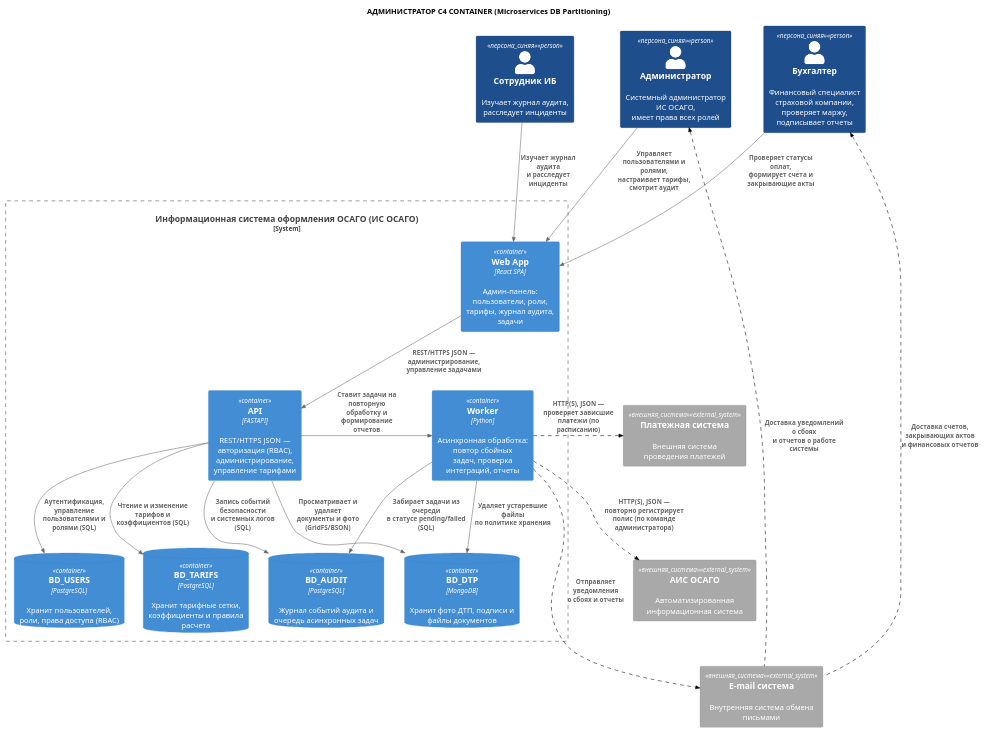
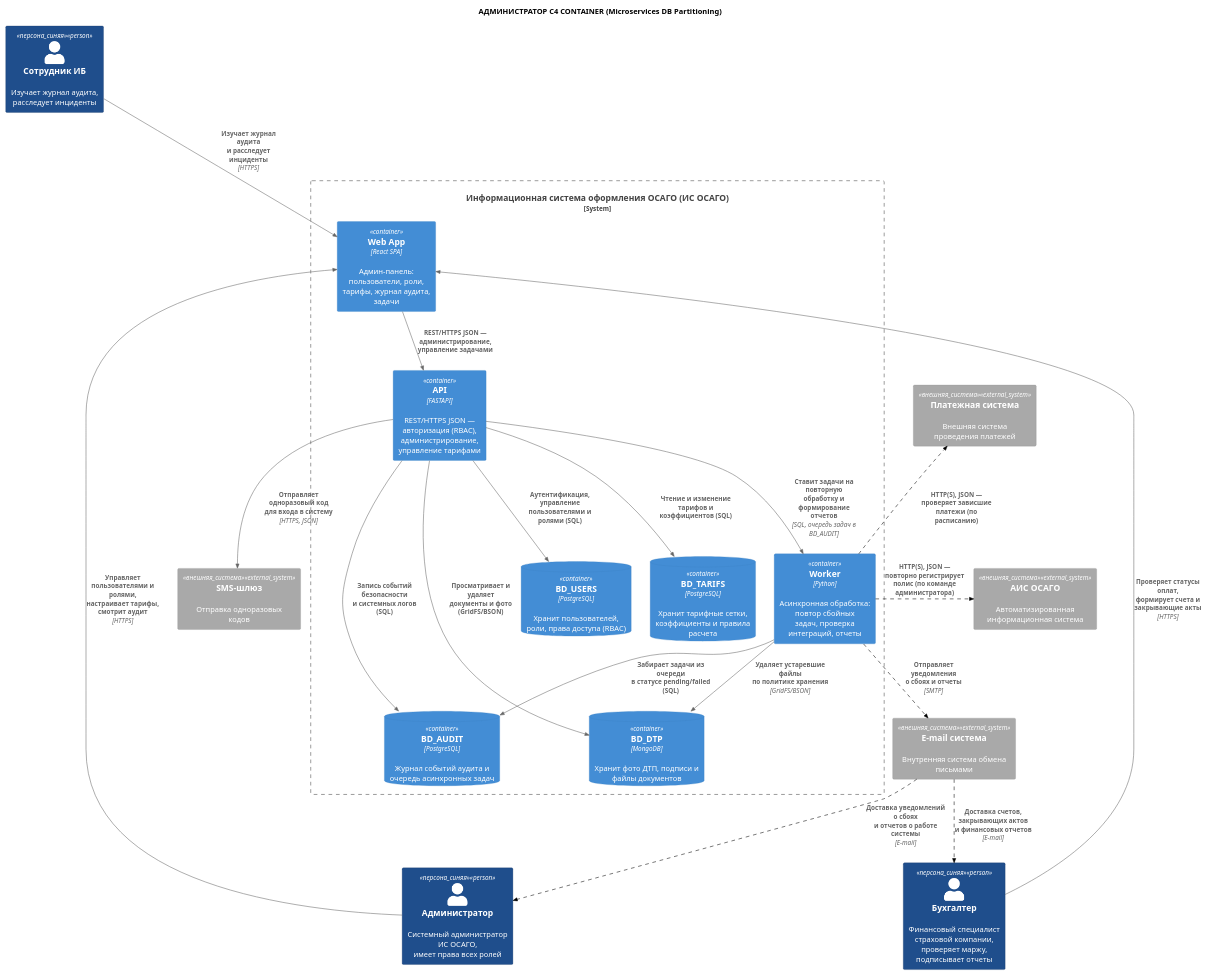
One commit to ElectricLight-ELO/Insurance-system changed the diagram in docs_and_diagrams/Amelia/container.puml. Above: the diagram before and after it, drawn with PlantUML. The commit also changed 2 other files, not shown here.

```diff
--- a/docs_and_diagrams/Amelia/container.puml
+++ b/docs_and_diagrams/Amelia/container.puml
@@ -1,64 +1,67 @@
 @startuml
 !include https://raw.githubusercontent.com/plantuml-stdlib/C4-PlantUML/master/C4_Container.puml
 
 title АДМИНИСТРАТОР C4 CONTAINER (Microservices DB Partitioning)
 
 AddSystemTag("внешняя_система", $bgColor="#A9A9A9", $borderColor="#8A8A8A", $fontColor="#FFFFFF")
 AddPersonTag("сотрудник", $bgColor="#438DD5", $borderColor="#316CA5", $fontColor="#FFFFFF")
 AddRelTag("пунктир", $lineStyle = DashedLine(), $lineColor = "#000000")
 AddPersonTag("персона_синяя", $bgColor="#1F4E8C", $borderColor="#143560", $fontColor="#FFFFFF")
 
 Person(admin, "Администратор", "Системный администратор ИС ОСАГО,\nимеет права всех ролей", $tags="персона_синяя")
 Person(accountant, "Бухгалтер", "Финансовый специалист страховой компании,\nпроверяет маржу, подписывает отчеты", $tags="персона_синяя")
 Person(auditor, "Сотрудник ИБ", "Изучает журнал аудита,\nрасследует инциденты", $tags="персона_синяя")
 
 System_Boundary(osago_service, "Информационная система оформления ОСАГО (ИС ОСАГО)") {
 
     Container(web_app, "Web App", "React SPA", "Админ-панель: пользователи, роли,\nтарифы, журнал аудита, задачи")
 
     Container(api, "API", "FASTAPI", "REST/HTTPS JSON — авторизация (RBAC),\nадминистрирование, управление тарифами")
 
     ContainerDb(db_users, "BD_USERS", "PostgreSQL", "Хранит пользователей, роли, права доступа (RBAC)")
     ContainerDb(db_tarifs, "BD_TARIFS", "PostgreSQL", "Хранит тарифные сетки, коэффициенты и правила расчета")
     ContainerDb(db_audit, "BD_AUDIT", "PostgreSQL", "Журнал событий аудита и очередь асинхронных задач")
     ContainerDb(object_storage, "BD_DTP", "MongoDB", "Хранит фото ДТП, подписи и файлы документов")
 
     Container(worker, "Worker", "Python", "Асинхронная обработка: повтор сбойных\nзадач, проверка интеграций, отчеты")
 }
 
 System_Ext(payment_sys, "Платежная система", "Внешняя система проведения платежей", $tags="внешняя_система")
 System_Ext(email_sys, "E-mail система", "Внутренняя система обмена письмами", $tags="внешняя_система")
 System_Ext(ais_osago, "АИС ОСАГО", "Автоматизированная информационная система", $tags="внешняя_система")
+System_Ext(sms_sys, "SMS-шлюз", "Отправка одноразовых кодов", $tags="внешняя_система")
 
 
-Rel_D(admin, web_app, "Управляет пользователями и ролями,\nнастраивает тарифы, смотрит аудит")
-Rel_D(accountant, web_app, "Проверяет статусы оплат,\nформирует счета и закрывающие акты")
-Rel_D(auditor, web_app, "Изучает журнал аудита\nи расследует инциденты")
+Rel(admin, web_app, "Управляет пользователями и ролями,\nнастраивает тарифы, смотрит аудит", "HTTPS")
+Rel(accountant, web_app, "Проверяет статусы оплат,\nформирует счета и закрывающие акты", "HTTPS")
+Rel(auditor, web_app, "Изучает журнал аудита\nи расследует инциденты", "HTTPS")
 
-Rel_D(web_app, api, "REST/HTTPS JSON — администрирование,\nуправление задачами")
+Rel(web_app, api, "REST/HTTPS JSON — администрирование,\nуправление задачами")
 
 Rel(api, db_users, "Аутентификация, управление\nпользователями и ролями (SQL)")
 Rel(api, db_tarifs, "Чтение и изменение\nтарифов и коэффициентов (SQL)")
 Rel(api, db_audit, "Запись событий безопасности\nи системных логов (SQL)")
-Rel_D(api, object_storage, "Просматривает и удаляет\nдокументы и фото (GridFS/BSON)")
+Rel(api, object_storage, "Просматривает и удаляет\nдокументы и фото (GridFS/BSON)")
 
-Rel_R(api, worker, "Ставит задачи на повторную\nобработку и формирование отчетов")
+Rel(api, worker, "Ставит задачи на повторную\nобработку и формирование отчетов", "SQL, очередь задач в BD_AUDIT")
+
+Rel(api, sms_sys, "Отправляет одноразовый код\nдля входа в систему", "HTTPS, JSON")
 
 Rel(worker, db_audit, "Забирает задачи из очереди\nв статусе pending/failed (SQL)")
-Rel(worker, object_storage, "Удаляет устаревшие файлы\nпо политике хранения")
+Rel(worker, object_storage, "Удаляет устаревшие файлы\nпо политике хранения", "GridFS/BSON")
 
-Rel_R(worker, payment_sys, "HTTP(S), JSON — проверяет зависшие\nплатежи (по расписанию)", $tags="пунктир")
-Rel_R(worker, ais_osago, "HTTP(S), JSON — повторно регистрирует\nполис (по команде администратора)", $tags="пунктир")
-Rel_R(worker, email_sys, "Отправляет уведомления\nо сбоях и отчеты", $tags="пунктир")
+Rel(worker, payment_sys, "HTTP(S), JSON — проверяет зависшие\nплатежи (по расписанию)", $tags="пунктир")
+Rel(worker, ais_osago, "HTTP(S), JSON — повторно регистрирует\nполис (по команде администратора)", $tags="пунктир")
+Rel(worker, email_sys, "Отправляет уведомления\nо сбоях и отчеты", "SMTP", $tags="пунктир")
 
-Rel_U(email_sys, admin, "Доставка уведомлений о сбоях\nи отчетов о работе системы", $tags="пунктир")
-Rel_U(email_sys, accountant, "Доставка счетов, закрывающих актов\nи финансовых отчетов", $tags="пунктир")
+Rel(email_sys, admin, "Доставка уведомлений о сбоях\nи отчетов о работе системы", "E-mail", $tags="пунктир")
+Rel(email_sys, accountant, "Доставка счетов, закрывающих актов\nи финансовых отчетов", "E-mail", $tags="пунктир")
 
 
 auditor -[hidden]right- admin
 admin -[hidden]right- accountant
 
 Lay_D(payment_sys, ais_osago)
 Lay_D(ais_osago, email_sys)
 
 @enduml
```
